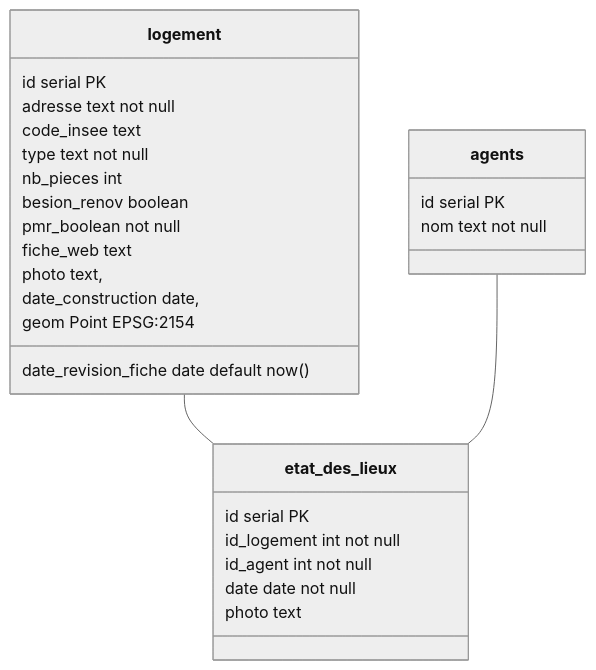
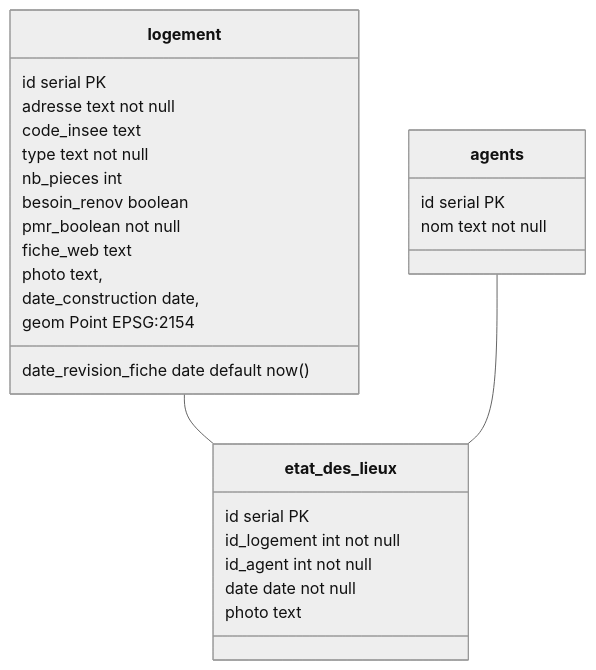
Before and after one commit to 3liz/3liz.github.io: the diagram in docs/workshop/lizmap.md, drawn with Mermaid (neutral theme). The commit also changed other lines of this file, not shown here.

Commit message:
Fix typo lizmap workshop

````diff
--- a/docs/workshop/lizmap.md
+++ b/docs/workshop/lizmap.md
@@ -7,33 +7,33 @@
 ```mermaid
 classDiagram
 class logement{
     id serial PK
     adresse text not null
     code_insee text
     type text not null
     nb_pieces int
-    besion_renov boolean
+    besoin_renov boolean
     pmr_boolean not null
     fiche_web text
     photo text,
     date_construction date,
     date_revision_fiche date default now()
     geom Point EPSG:2154
 }
 
 class agents{
     id serial PK
     nom text not null
 }
 
 class etat_des_lieux{
     id serial PK
     id_logement int not null
     id_agent int not null
     date date not null
     photo text
 }
 
 logement -- etat_des_lieux
 agents -- etat_des_lieux
 ```
````
